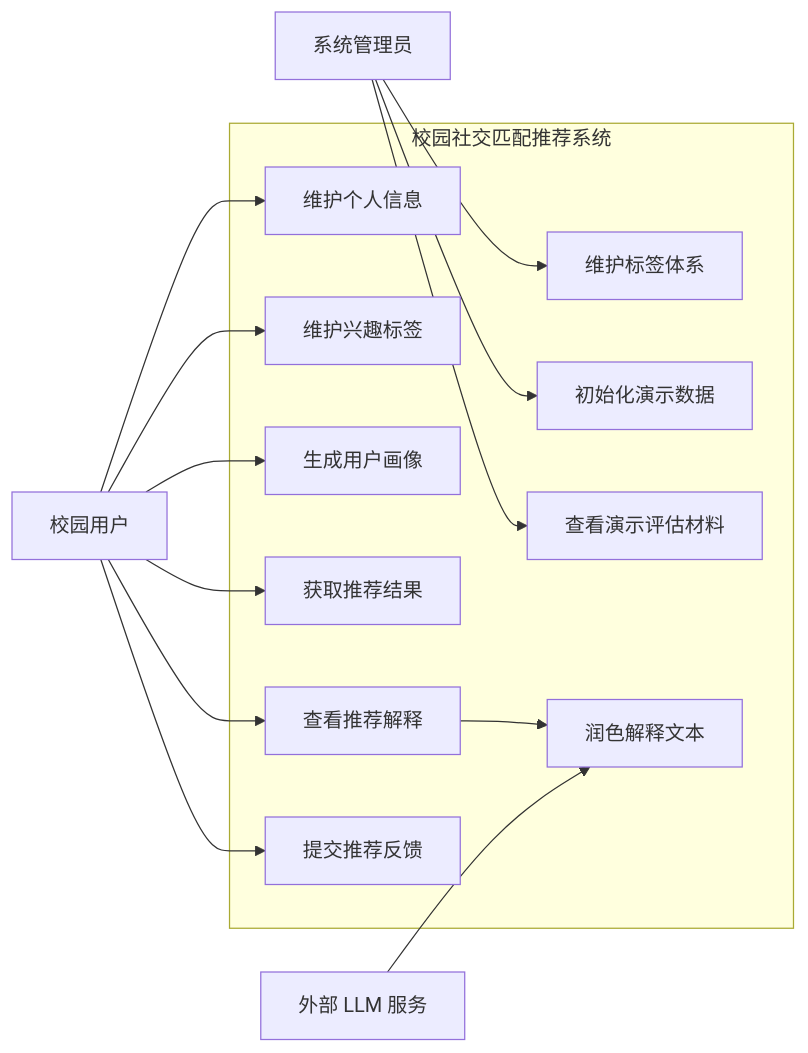
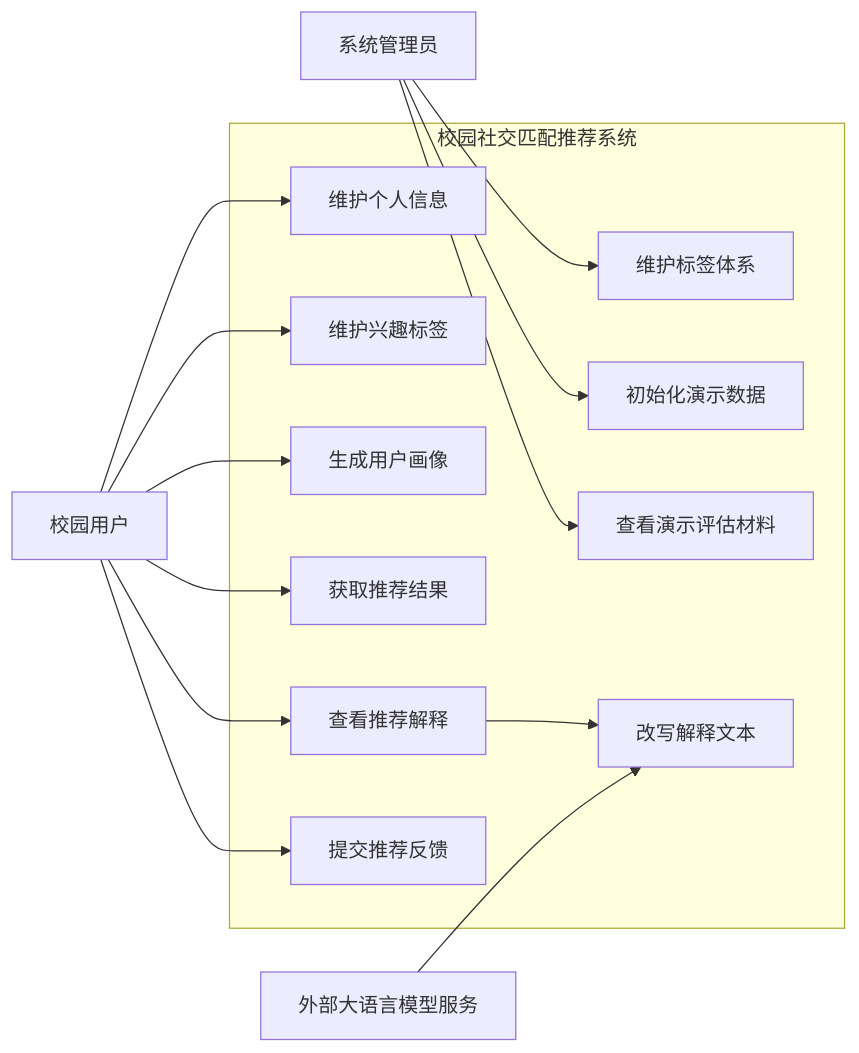
The first of 2 diagrams in docs/05_thesis/chapter3_diagram_drafts.md (cengZa/xunzhiyin), drawn with Mermaid before and after one commit. The commit also changed other lines of this file and 703 other files, not shown here.

````diff
--- a/docs/05_thesis/chapter3_diagram_drafts.md
+++ b/docs/05_thesis/chapter3_diagram_drafts.md
@@ -21,33 +21,33 @@
 ```mermaid
 flowchart LR
     User["校园用户"]
     Admin["系统管理员"]
-    LLM["外部 LLM 服务"]
+    LLM["外部大语言模型服务"]
 
     subgraph System["校园社交匹配推荐系统"]
         UC1["维护个人信息"]
         UC2["维护兴趣标签"]
         UC3["生成用户画像"]
         UC4["获取推荐结果"]
         UC5["查看推荐解释"]
         UC6["提交推荐反馈"]
         UC7["维护标签体系"]
         UC8["初始化演示数据"]
         UC9["查看演示评估材料"]
-        UC10["润色解释文本"]
+        UC10["改写解释文本"]
     end
 
     User --> UC1
     User --> UC2
     User --> UC3
     User --> UC4
     User --> UC5
     User --> UC6
 
     Admin --> UC7
     Admin --> UC8
     Admin --> UC9
 
     UC5 --> UC10
     LLM --> UC10
 ```
````
